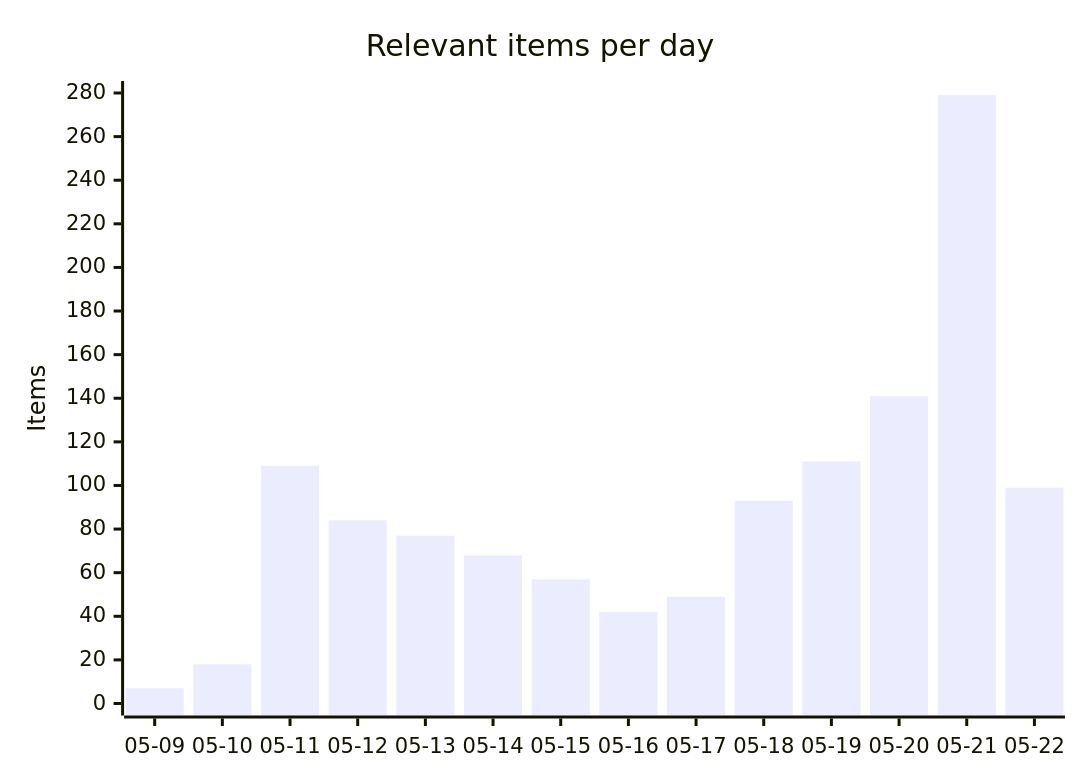
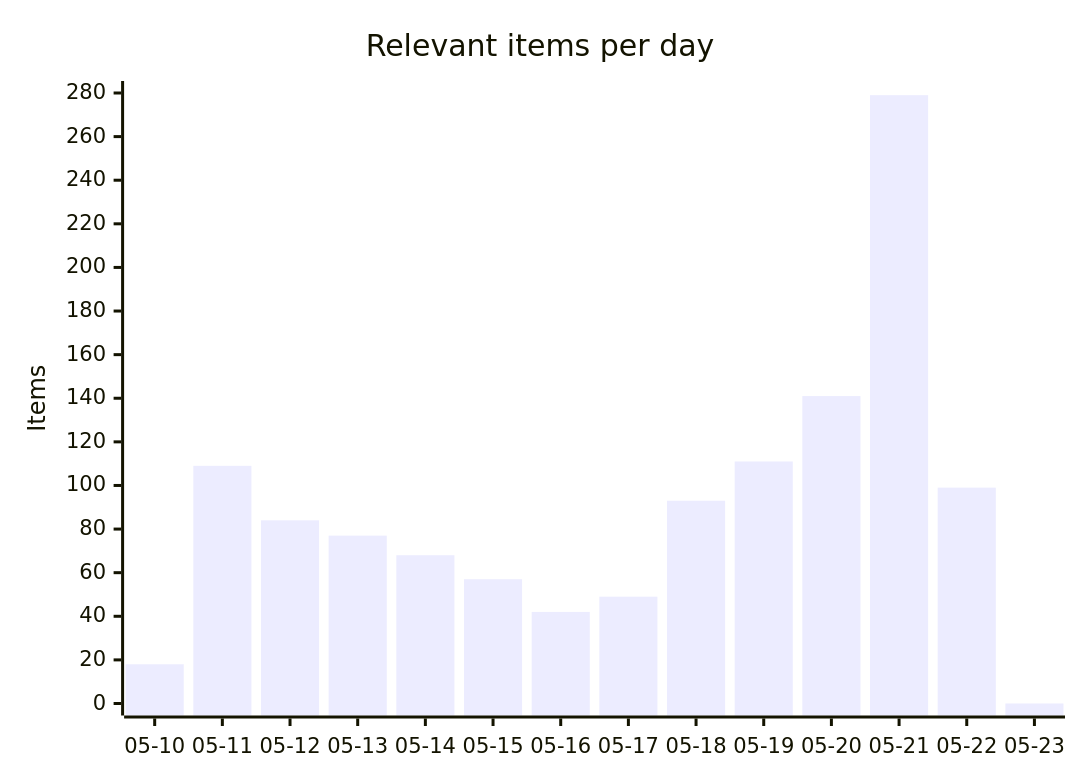
Before and after one commit to martinbalfanz/social-scanner-reports: the first of 4 diagrams in README.md, drawn with Mermaid. The commit also changed other lines of this file and 4 other files, not shown here.

````diff
--- a/README.md
+++ b/README.md
@@ -30,7 +30,7 @@
 ```mermaid
 xychart-beta
     title "Relevant items per day"
-    x-axis ["05-09", "05-10", "05-11", "05-12", "05-13", "05-14", "05-15", "05-16", "05-17", "05-18", "05-19", "05-20", "05-21", "05-22"]
+    x-axis ["05-10", "05-11", "05-12", "05-13", "05-14", "05-15", "05-16", "05-17", "05-18", "05-19", "05-20", "05-21", "05-22", "05-23"]
     y-axis "Items" 0 --> 280
-    bar [7, 18, 109, 84, 77, 68, 57, 42, 49, 93, 111, 141, 279, 99]
+    bar [18, 109, 84, 77, 68, 57, 42, 49, 93, 111, 141, 279, 99, 0]
 ```
````
